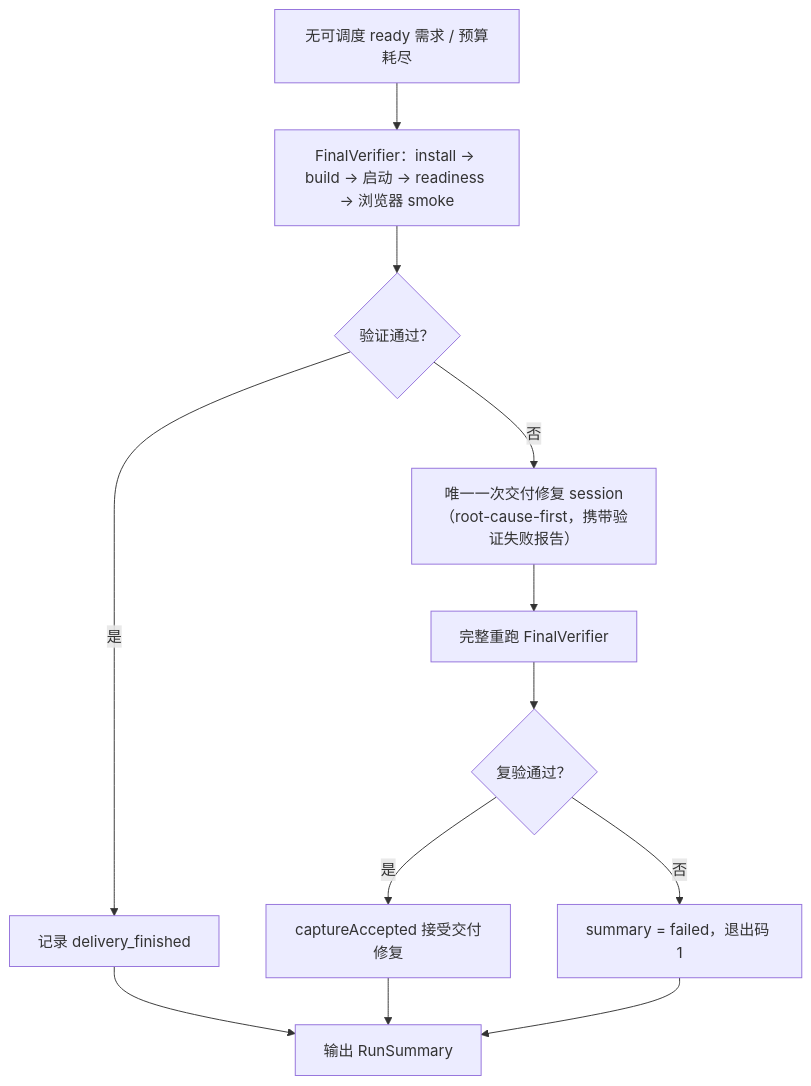
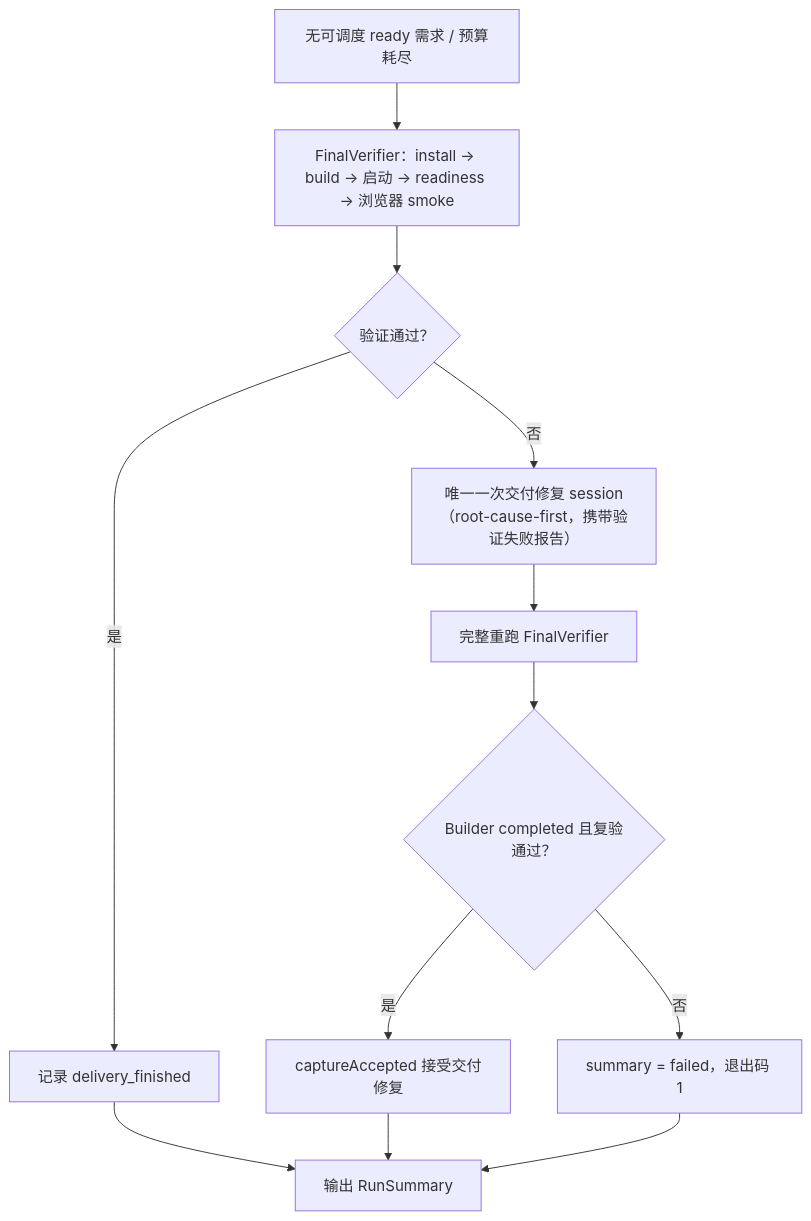
One commit to TheaDust/Shallow changed the third of 3 diagrams in README.md. Above: the diagram before and after it, drawn with Mermaid. The commit also changed other lines of this file and 26 other files, not shown here.

````diff
--- a/README.md
+++ b/README.md
@@ -105,14 +112,14 @@
 ```mermaid
 flowchart TD
     S["无可调度 ready 需求 / 预算耗尽"] --> V["FinalVerifier：install → build → 启动 → readiness → 浏览器 smoke"]
     V --> P{"验证通过？"}
     P -->|"是"| FIN["记录 delivery_finished"]
     P -->|"否"| RP["唯一一次交付修复 session（root-cause-first，携带验证失败报告）"]
     RP --> V2["完整重跑 FinalVerifier"]
-    V2 --> P2{"复验通过？"}
+    V2 --> P2{"Builder completed 且复验通过？"}
     P2 -->|"是"| ACC["captureAccepted 接受交付修复"]
     P2 -->|"否"| FAIL["summary = failed，退出码 1"]
     FIN --> SUM["输出 RunSummary"]
     ACC --> SUM
     FAIL --> SUM
 ```
````
